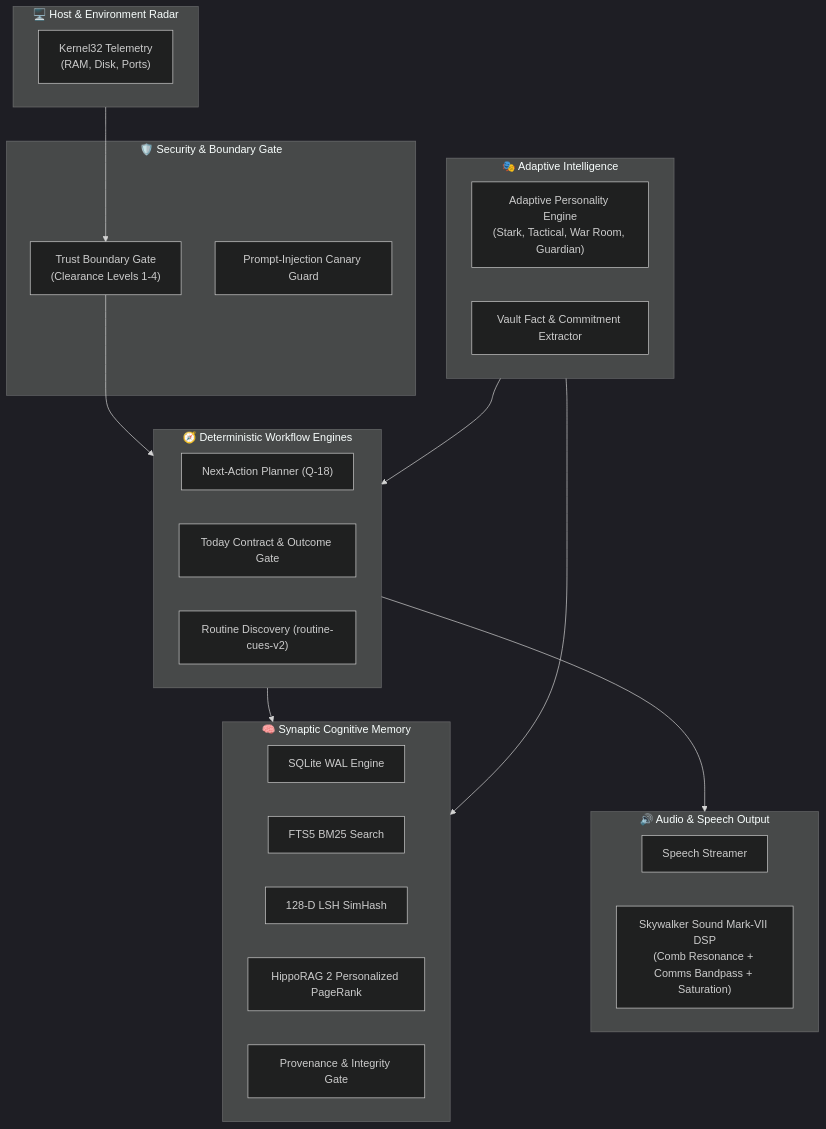
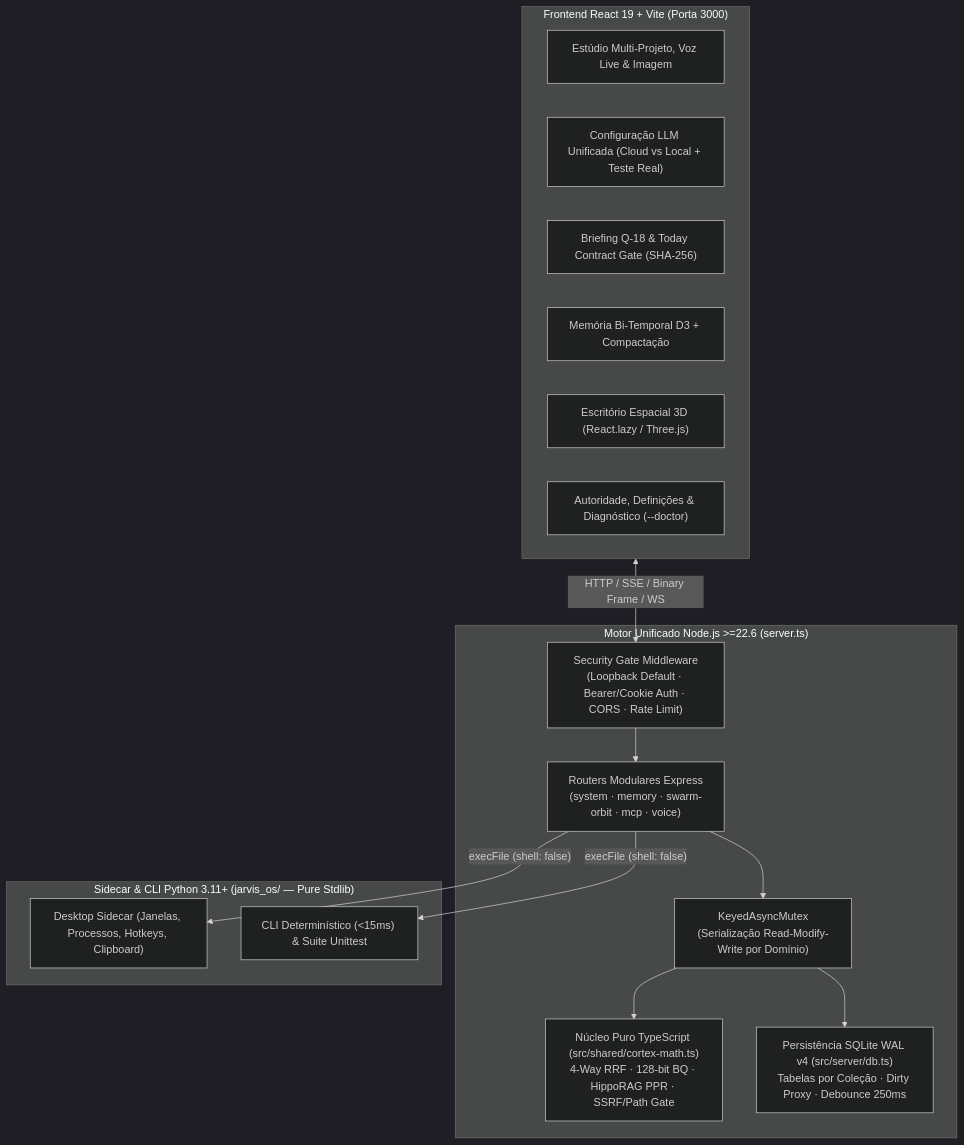
The diagram in README.md (Miguel-Reis/jarvis-cortex-os), drawn with Mermaid (dark theme) before and after one commit. The commit also changed other lines of this file and 44 other files, not shown here.

````diff
--- a/README.md
+++ b/README.md
@@ -30,42 +53,32 @@
 ```mermaid
-flowchart TD
-    subgraph Host ["🖥️ Host & Environment Radar"]
-        K32["Kernel32 Telemetry<br>(RAM, Disk, Ports)"]
+flowchart TB
+    subgraph UI ["Frontend React 19 + Vite (Porta 3000)"]
+        STUDIO["Estúdio Multi-Projeto, Voz Live & Imagem"]
+        LLMUI["Configuração LLM Unificada (Cloud vs Local + Teste Real)"]
+        BRIEF["Briefing Q-18 & Today Contract Gate (SHA-256)"]
+        VAULT["Memória Bi-Temporal D3 + Compactação"]
+        SWARM3D["Escritório Espacial 3D (React.lazy / Three.js)"]
+        AUTHUI["Autoridade, Definições & Diagnóstico (--doctor)"]
     end
 
-    subgraph Security ["🛡️ Security & Boundary Gate"]
-        TBG["Trust Boundary Gate<br>(Clearance Levels 1-4)"]
-        CAN["Prompt-Injection Canary Guard"]
+    subgraph API ["Motor Unificado Node.js >=22.6 (server.ts)"]
+        SECGATE["Security Gate Middleware<br/>(Loopback Default · Bearer/Cookie Auth · CORS · Rate Limit)"]
+        MUTEX["KeyedAsyncMutex<br/>(Serialização Read-Modify-Write por Domínio)"]
+        ROUTERS["Routers Modulares Express<br/>(system · memory · swarm-orbit · mcp · voice)"]
+        MATH["Núcleo Puro TypeScript (src/shared/cortex-math.ts)<br/>4-Way RRF · 128-bit BQ · HippoRAG PPR · SSRF/Path Gate"]
+        DBV4["Persistência SQLite WAL v4 (src/server/db.ts)<br/>Tabelas por Coleção · Dirty Proxy · Debounce 250ms"]
     end
 
-    subgraph Memory ["🧠 Synaptic Cognitive Memory"]
-        SQL["SQLite WAL Engine"]
-        FTS["FTS5 BM25 Search"]
-        LSH["128-D LSH SimHash"]
-        PPR["HippoRAG 2 Personalized PageRank"]
-        PROV["Provenance & Integrity Gate"]
+    subgraph PY ["Sidecar & CLI Python 3.11+ (jarvis_os/ — Pure Stdlib)"]
+        SIDECAR["Desktop Sidecar (Janelas, Processos, Hotkeys, Clipboard)"]
+        PYCLI["CLI Determinístico (<15ms) & Suite Unittest"]
     end
 
-    subgraph Planning ["🧭 Deterministic Workflow Engines"]
-        Q18["Next-Action Planner (Q-18)"]
-        TODAY["Today Contract & Outcome Gate"]
-        ROUT["Routine Discovery (routine-cues-v2)"]
-    end
-
-    subgraph Intelligence ["🎭 Adaptive Intelligence"]
-        PERS["Adaptive Personality Engine<br>(Stark, Tactical, War Room, Guardian)"]
-        VAULT["Vault Fact & Commitment Extractor"]
-    end
-
-    subgraph Voice ["🔊 Audio & Speech Output"]
-        TTS["Speech Streamer"]
-        DSP["Skywalker Sound Mark-VII DSP<br>(Comb Resonance + Comms Bandpass + Saturation)"]
-    end
-
-    Host --> TBG
-    TBG --> Planning
-    Planning --> Memory
-    Intelligence --> Planning
-    Intelligence --> Memory
-    Planning --> Voice
+    UI <-->|"HTTP / SSE / Binary Frame / WS"| SECGATE
+    SECGATE --> ROUTERS
+    ROUTERS --> MUTEX
+    MUTEX --> MATH
+    MUTEX --> DBV4
+    ROUTERS -->|"execFile (shell: false)"| SIDECAR
+    ROUTERS -->|"execFile (shell: false)"| PYCLI
 ```
````
